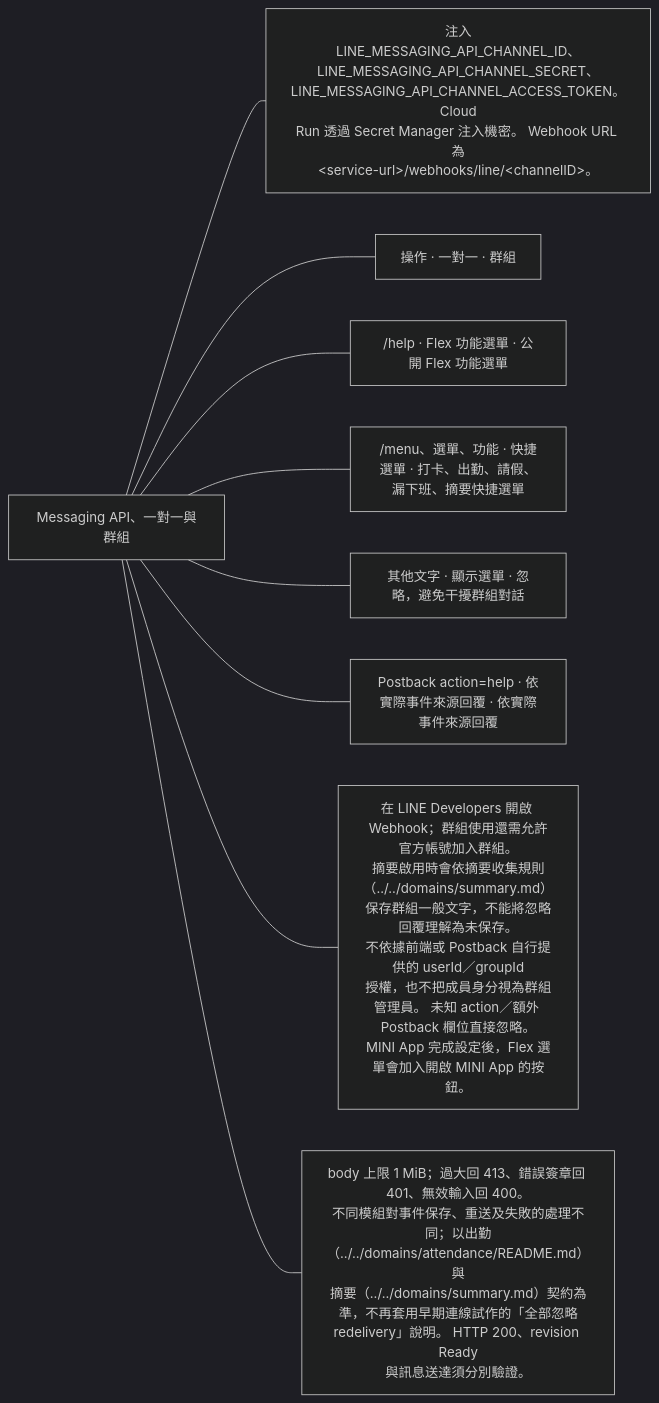
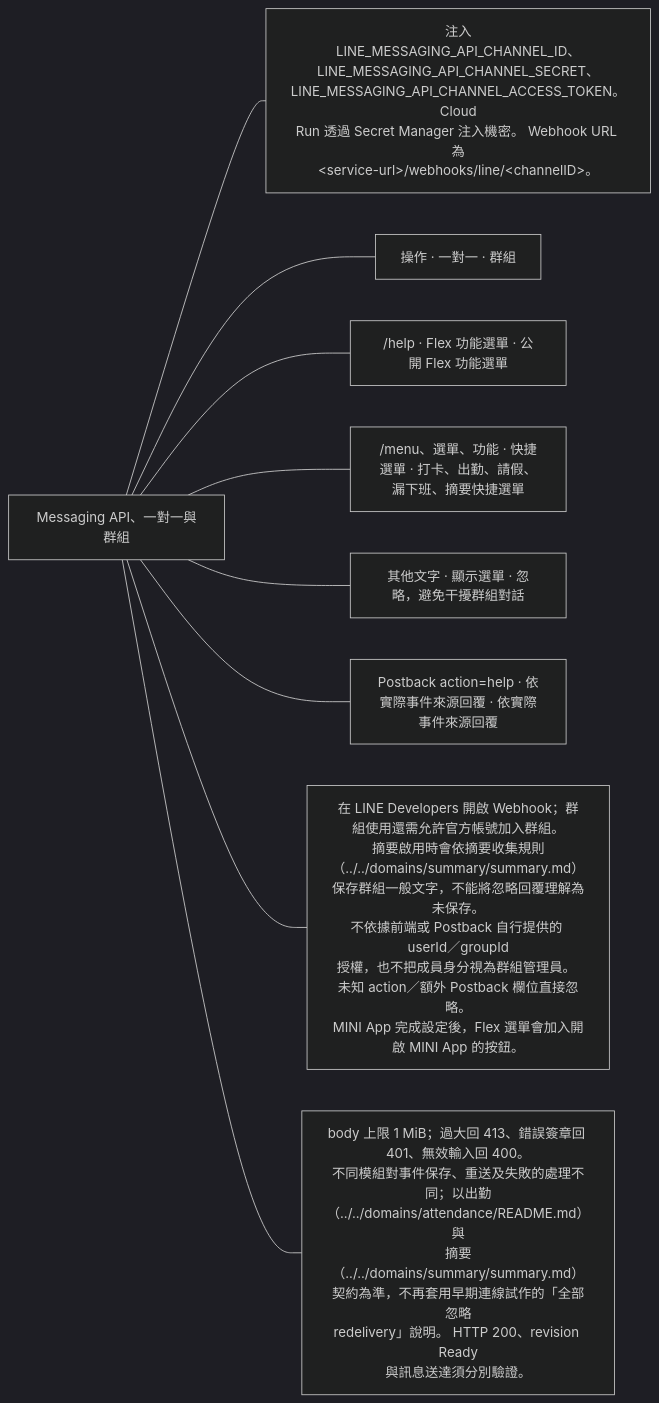
Before and after one commit to 963sup/line-mini-app-bot: the diagram in docs/guides/line-setup/webhook.md, drawn with Mermaid (dark theme). The commit also changed 70 other files, not shown here.

````diff
--- a/docs/guides/line-setup/webhook.md
+++ b/docs/guides/line-setup/webhook.md
@@ -3,12 +3,12 @@
 ```mermaid
 flowchart LR
   h["Messaging API、一對一與群組"]
   h --- n0["注入<br/>LINE_MESSAGING_API_CHANNEL_ID、LINE_MESSAGING_API_CHANNEL_SECRET、<br/>LINE_MESSAGING_API_CHANNEL_ACCESS_TOKEN。Cloud<br/>Run 透過 Secret Manager 注入機密。 Webhook URL 為<br/>&lt;service-url&gt;/webhooks/line/&lt;channelID&gt;。"]
   h --- n1["操作 · 一對一 · 群組"]
   h --- n2["/help · Flex 功能選單 · 公開 Flex 功能選單"]
   h --- n3["/menu、選單、功能 · 快捷選單 · 打卡、出勤、請假、漏下班、摘要快捷選單"]
   h --- n4["其他文字 · 顯示選單 · 忽略，避免干擾群組對話"]
   h --- n5["Postback action=help · 依實際事件來源回覆 · 依實際事件來源回覆"]
-  h --- n6["在 LINE Developers 開啟 Webhook；群組使用還需允許官方帳號加入群組。<br/>摘要啟用時會依摘要收集規則（../../domains/summary.md）保存群組一般文字，不能將忽略回覆理解為未保存。<br/>不依據前端或 Postback 自行提供的 userId／groupId<br/>授權，也不把成員身分視為群組管理員。 未知 action／額外 Postback 欄位直接忽略。<br/>MINI App 完成設定後，Flex 選單會加入開啟 MINI App 的按鈕。"]
-  h --- n7["body 上限 1 MiB；過大回 413、錯誤簽章回 401、無效輸入回 400。<br/>不同模組對事件保存、重送及失敗的處理不同；以出勤（../../domains/attendance/README.md）與<br/>摘要（../../domains/summary.md）契約為準，不再套用早期連線試作的「全部忽略<br/>redelivery」說明。 HTTP 200、revision Ready<br/>與訊息送達須分別驗證。"]
+  h --- n6["在 LINE Developers 開啟 Webhook；群組使用還需允許官方帳號加入群組。<br/>摘要啟用時會依摘要收集規則（../../domains/summary/summary.md）保存群組一般文字，不能將忽略回覆理解為未保存。<br/>不依據前端或 Postback 自行提供的 userId／groupId<br/>授權，也不把成員身分視為群組管理員。 未知 action／額外 Postback 欄位直接忽略。<br/>MINI App 完成設定後，Flex 選單會加入開啟 MINI App 的按鈕。"]
+  h --- n7["body 上限 1 MiB；過大回 413、錯誤簽章回 401、無效輸入回 400。<br/>不同模組對事件保存、重送及失敗的處理不同；以出勤（../../domains/attendance/README.md）與<br/>摘要（../../domains/summary/summary.md）契約為準，不再套用早期連線試作的「全部忽略<br/>redelivery」說明。 HTTP 200、revision Ready<br/>與訊息送達須分別驗證。"]
 ```
````
